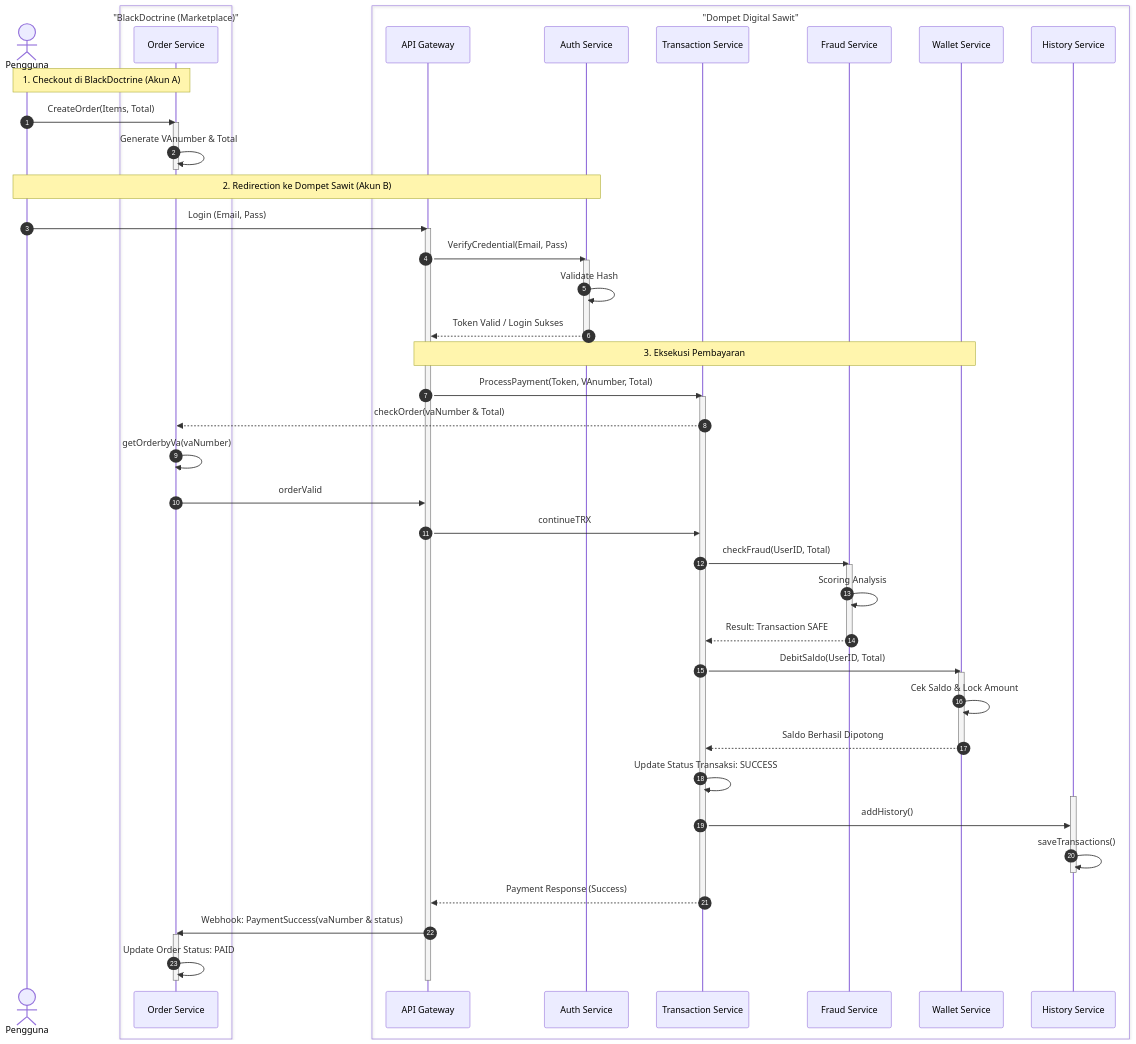
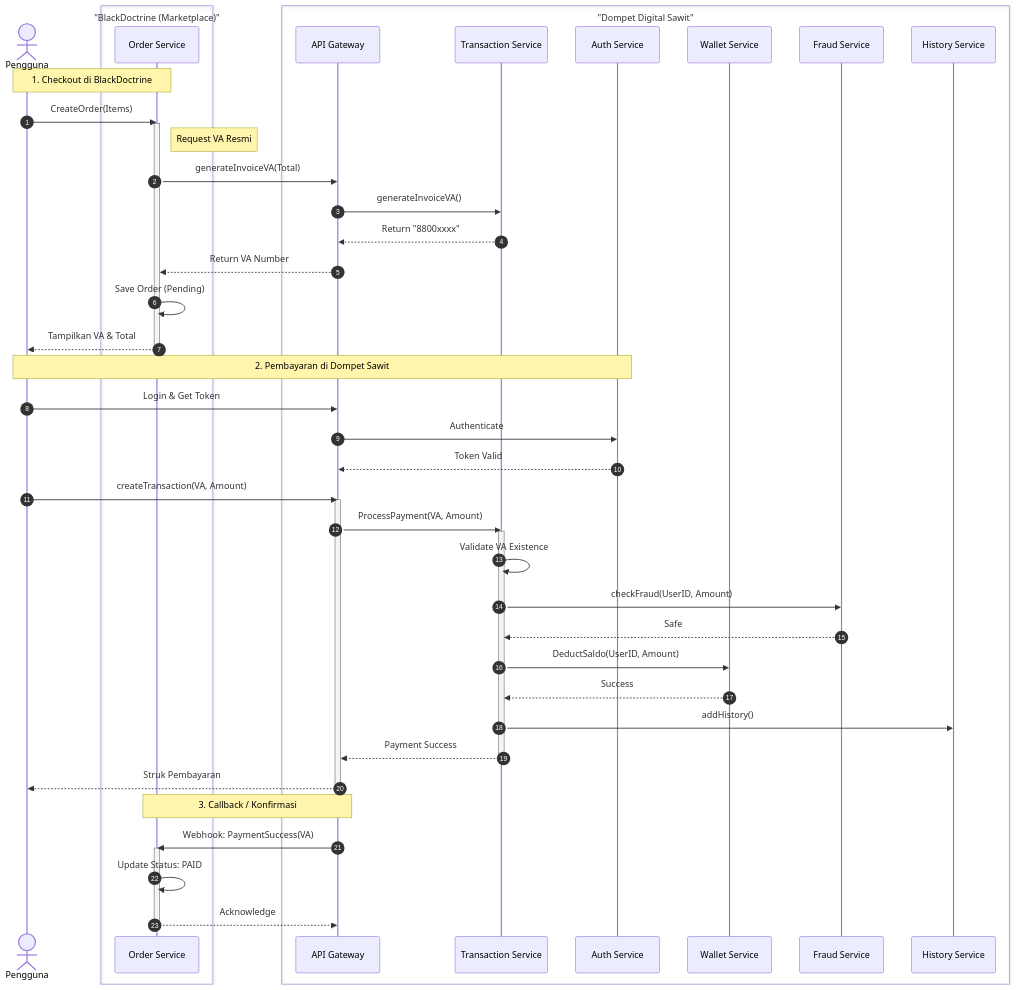
The second of 2 diagrams in readme.md (AAkmalAmran/Project-UAS-IAE_Dompet-Digital-Sawit), drawn with Mermaid before and after one commit. The commit also changed other lines of this file, not shown here.

````diff
--- a/readme.md
+++ b/readme.md
@@ -412,77 +402,67 @@
 ```mermaid
 sequenceDiagram
     autonumber
 
     actor User as Pengguna
     box "BlackDoctrine (Marketplace)" #FFFFFF
         participant Order as Order Service
     end
 
     box "Dompet Digital Sawit" #1E4D2B
         participant Gateway as API Gateway
+        participant Trans as Transaction Service
         participant Auth as Auth Service
-        participant Trans as Transaction Service
+        participant Wallet as Wallet Service
         participant Fraud as Fraud Service
-        participant Wallet as Wallet Service
         participant History as History Service
     end
 
-    Note over User, Order: 1. Checkout di BlackDoctrine (Akun A)
+    Note over User, Order: 1. Checkout di BlackDoctrine
 
-    User->>Order: CreateOrder(Items, Total)
+    User->>Order: CreateOrder(Items)
     activate Order
-    Order->>Order: Generate VAnumber & Total
+    
+    Note right of Order: Request VA Resmi
+    Order->>Gateway: generateInvoiceVA(Total)
+    Gateway->>Trans: generateInvoiceVA()
+    Trans-->>Gateway: Return "8800xxxx"
+    Gateway-->>Order: Return VA Number
+    
+    Order->>Order: Save Order (Pending)
+    Order-->>User: Tampilkan VA & Total
     deactivate Order
 
-    Note over User, Auth: 2. Redirection ke Dompet Sawit (Akun B)
+    Note over User, Auth: 2. Pembayaran di Dompet Sawit
 
-    User->>Gateway: Login (Email, Pass)
+    User->>Gateway: Login & Get Token
+    Gateway->>Auth: Authenticate
+    Auth-->>Gateway: Token Valid
+
+    User->>Gateway: createTransaction(VA, Amount)
     activate Gateway
-    Gateway->>Auth: VerifyCredential(Email, Pass)
-    activate Auth
-    Auth->>Auth: Validate Hash
-    Auth-->>Gateway: Token Valid / Login Sukses
-    deactivate Auth
-
-    Note over Gateway, Wallet: 3. Eksekusi Pembayaran
-
-    Gateway->>Trans: ProcessPayment(Token, VAnumber, Total)
+    Gateway->>Trans: ProcessPayment(VA, Amount)
     activate Trans
 
-        Trans-->>Order: checkOrder(vaNumber & Total)
-        Order->>Order: getOrderbyVa(vaNumber)
-        Order->>Gateway: orderValid
-        Gateway->>Trans: continueTRX
+        Trans->>Trans: Validate VA Existence
+        
+        Trans->>Fraud: checkFraud(UserID, Amount)
+        Fraud-->>Trans: Safe
 
-        Trans->>Fraud: checkFraud(UserID, Total)
-        activate Fraud
-        Fraud->>Fraud: Scoring Analysis
-        Fraud-->>Trans: Result: Transaction SAFE
-        deactivate Fraud
+        Trans->>Wallet: DeductSaldo(UserID, Amount)
+        Wallet-->>Trans: Success
 
-        Trans->>Wallet: DebitSaldo(UserID, Total)
-        activate Wallet
-        Wallet->>Wallet: Cek Saldo & Lock Amount
-        Wallet-->>Trans: Saldo Berhasil Dipotong
-        deactivate Wallet
-        Trans->>Trans: Update Status Transaksi: SUCCESS
+        Trans->>History: addHistory()
 
-        activate History
-        Trans->>History: addHistory()
-        History->>History: saveTransactions()
-        deactivate History
+    Trans-->>Gateway: Payment Success
+    deactivate Trans
+    Gateway-->>User: Struk Pembayaran
+    deactivate Gateway
 
-    Trans-->>Gateway: Payment Response (Success)
+    Note over Gateway, Order: 3. Callback / Konfirmasi
 
-    deactivate Trans
-
-
-    Gateway->>Order: Webhook: PaymentSuccess(vaNumber & status)
-
+    Gateway->>Order: Webhook: PaymentSuccess(VA)
     activate Order
-    Order->>Order: Update Order Status: PAID
+    Order->>Order: Update Status: PAID
+    Order-->>Gateway: Acknowledge
     deactivate Order
-
-    
-    deactivate Gateway
 ```
````
